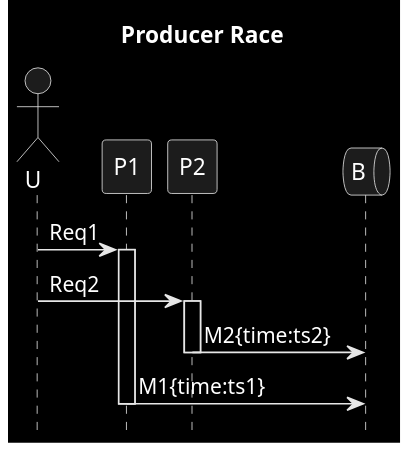
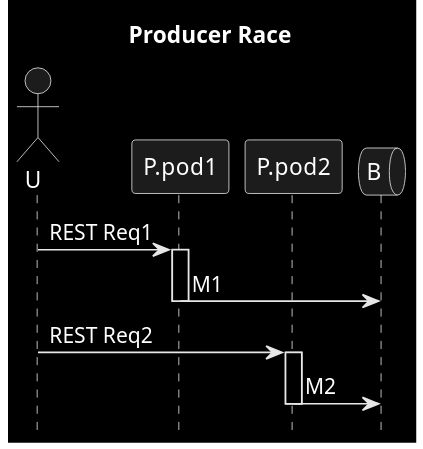
Before and after one commit to victorrentea/kafka: the diagram in patterns/2b_out_of_order_p.puml, drawn with PlantUML. The commit also changed 2 other files, not shown here.

```diff
--- a/patterns/2b_out_of_order_p.puml
+++ b/patterns/2b_out_of_order_p.puml
@@ -1,16 +1,16 @@
 @startuml
 title Producer Race
 hide footbox
 skinparam monochrome reverse
 queue B order 9
 actor U
 
-U->P1: Req1
-activate P1
-U->P2: Req2
-activate P2
-P2->B: M2{time:ts2}
-deactivate P2
-P1->B: M1{time:ts1}
-deactivate P1
+U->P.pod1: REST Req1
+activate P.pod1
+P.pod1->B: M1
+deactivate P.pod1
+U->P.pod2: REST Req2
+activate P.pod2
+P.pod2->B: M2
+deactivate P.pod2
 @enduml
```
